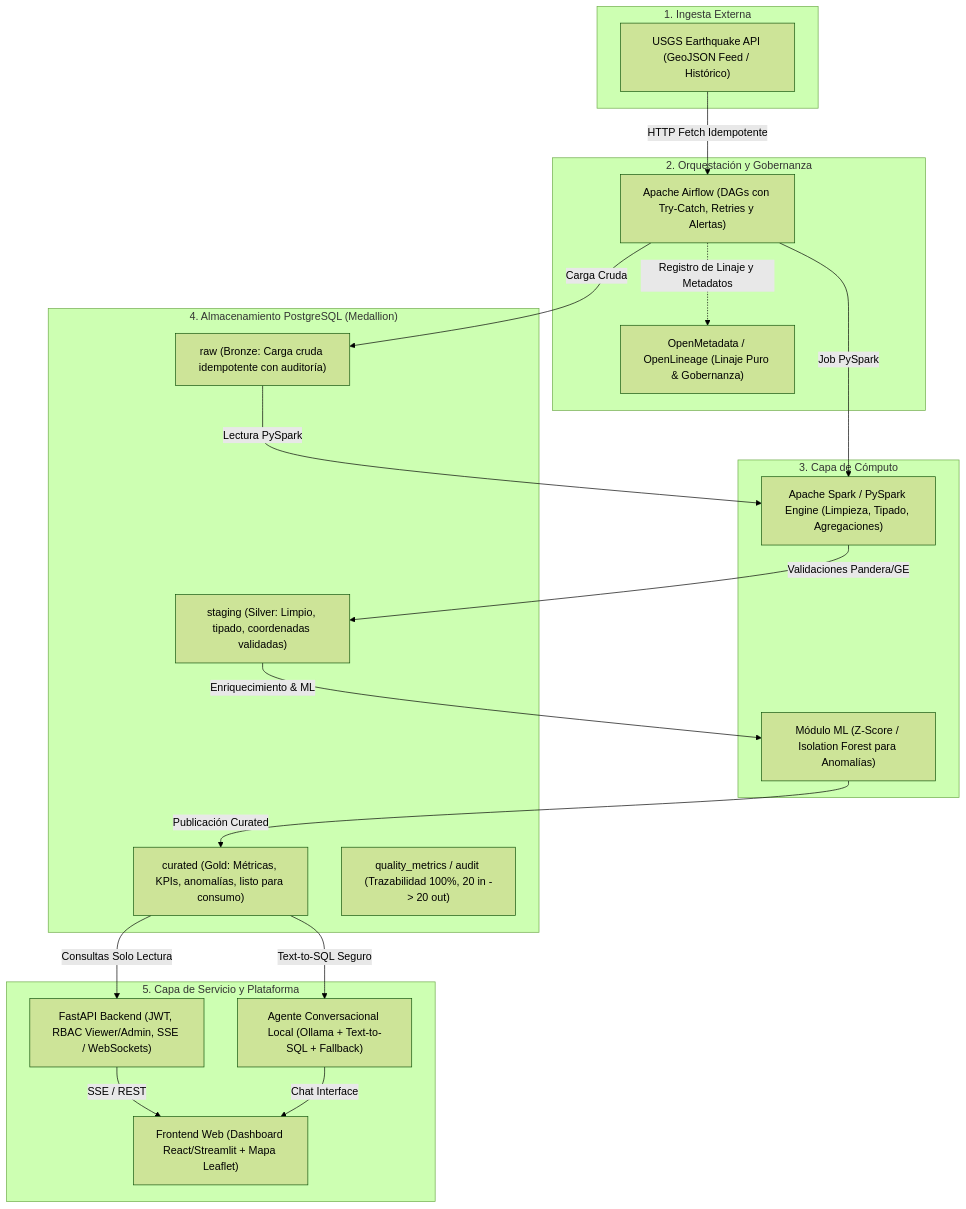
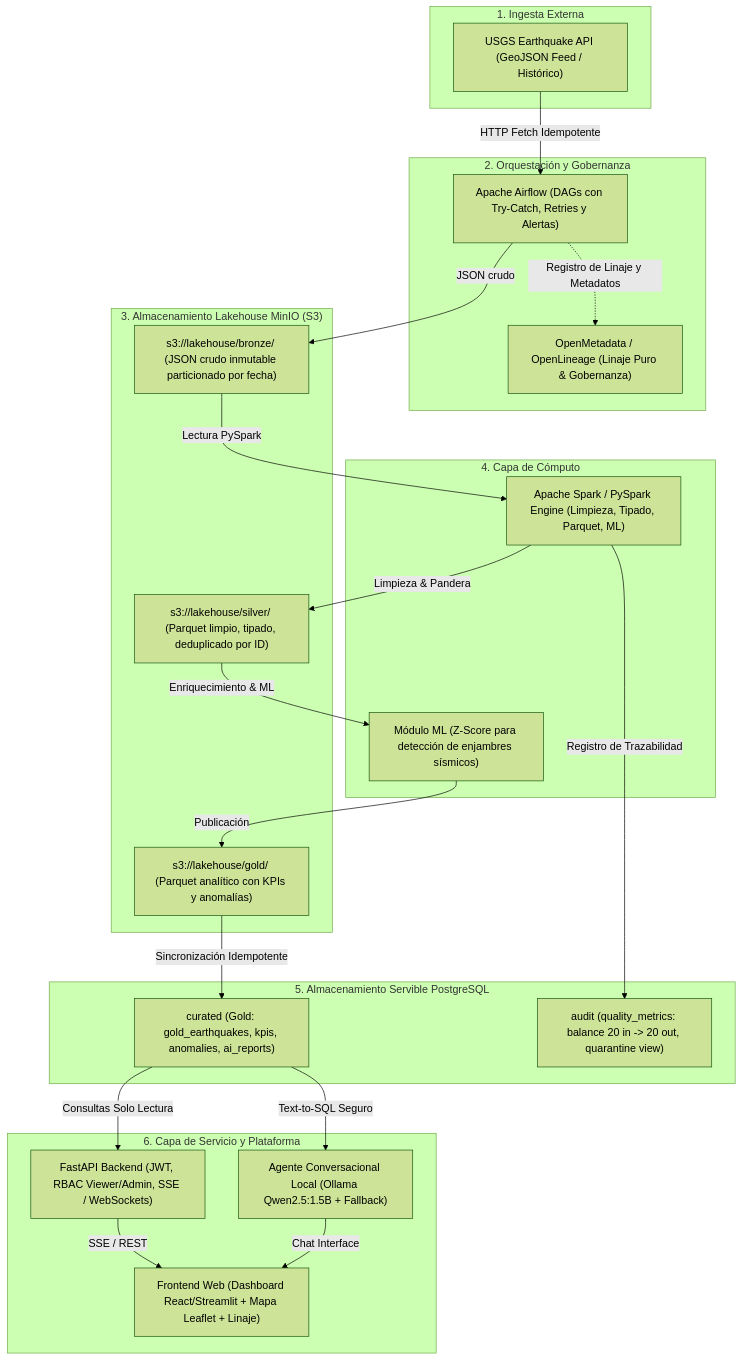
Before and after one commit to Dan18eP/prueba_desempenio_october: the diagram in docs/ARQUITECTURA.md, drawn with Mermaid (forest theme).

Commit message:
docs: integrate MinIO Lakehouse tiers and Qwen local agent into architecture spec

````diff
--- a/docs/ARQUITECTURA.md
+++ b/docs/ARQUITECTURA.md
@@ -19,42 +19,47 @@
 ```mermaid
 flowchart TD
     subgraph Fuentes ["1. Ingesta Externa"]
         USGS["USGS Earthquake API (GeoJSON Feed / Histórico)"]
     end
 
     subgraph Orquestacion ["2. Orquestación y Gobernanza"]
         AF["Apache Airflow (DAGs con Try-Catch, Retries y Alertas)"]
         OM["OpenMetadata / OpenLineage (Linaje Puro & Gobernanza)"]
     end
 
-    subgraph Procesamiento ["3. Capa de Cómputo"]
-        SPARK["Apache Spark / PySpark Engine (Limpieza, Tipado, Agregaciones)"]
-        ML["Módulo ML (Z-Score / Isolation Forest para Anomalías)"]
+    subgraph DataLakehouse ["3. Almacenamiento Lakehouse MinIO (S3)"]
+        BRONZE["s3://lakehouse/bronze/ (JSON crudo inmutable particionado por fecha)"]
+        SILVER["s3://lakehouse/silver/ (Parquet limpio, tipado, deduplicado por ID)"]
+        GOLD_S3["s3://lakehouse/gold/ (Parquet analítico con KPIs y anomalías)"]
     end
 
-    subgraph Almacenamiento ["4. Almacenamiento PostgreSQL (Medallion)"]
-        BRONZE["raw (Bronze: Carga cruda idempotente con auditoría)"]
-        SILVER["staging (Silver: Limpio, tipado, coordenadas validadas)"]
-        GOLD["curated (Gold: Métricas, KPIs, anomalías, listo para consumo)"]
-        QUAL["quality_metrics / audit (Trazabilidad 100%, 20 in -> 20 out)"]
+    subgraph Procesamiento ["4. Capa de Cómputo"]
+        SPARK["Apache Spark / PySpark Engine (Limpieza, Tipado, Parquet, ML)"]
+        ML["Módulo ML (Z-Score para detección de enjambres sísmicos)"]
     end
 
-    subgraph Consumo ["5. Capa de Servicio y Plataforma"]
+    subgraph Servicio ["5. Almacenamiento Servible PostgreSQL"]
+        GOLD_PG["curated (Gold: gold_earthquakes, kpis, anomalies, ai_reports)"]
+        AUDIT_PG["audit (quality_metrics: balance 20 in -> 20 out, quarantine view)"]
+    end
+
+    subgraph Consumo ["6. Capa de Servicio y Plataforma"]
         API["FastAPI Backend (JWT, RBAC Viewer/Admin, SSE / WebSockets)"]
-        DASH["Frontend Web (Dashboard React/Streamlit + Mapa Leaflet)"]
-        AI_AGENT["Agente Conversacional Local (Ollama + Text-to-SQL + Fallback)"]
+        DASH["Frontend Web (Dashboard React/Streamlit + Mapa Leaflet + Linaje)"]
+        AI_AGENT["Agente Conversacional Local (Ollama Qwen2.5:1.5B + Fallback)"]
     end
 
     USGS -->|HTTP Fetch Idempotente| AF
-    AF -->|Carga Cruda| BRONZE
-    AF -->|Job PySpark| SPARK
+    AF -->|JSON crudo| BRONZE
     BRONZE -->|Lectura PySpark| SPARK
-    SPARK -->|Validaciones Pandera/GE| SILVER
+    SPARK -->|Limpieza & Pandera| SILVER
     SILVER -->|Enriquecimiento & ML| ML
-    ML -->|Publicación Curated| GOLD
+    ML -->|Publicación| GOLD_S3
+    GOLD_S3 -->|Sincronización Idempotente| GOLD_PG
+    SPARK -->|Registro de Trazabilidad| AUDIT_PG
     AF -.->|Registro de Linaje y Metadatos| OM
-    GOLD -->|Consultas Solo Lectura| API
-    GOLD -->|Text-to-SQL Seguro| AI_AGENT
+    GOLD_PG -->|Consultas Solo Lectura| API
+    GOLD_PG -->|Text-to-SQL Seguro| AI_AGENT
     API -->|SSE / REST| DASH
     AI_AGENT -->|Chat Interface| DASH
 ```
````
